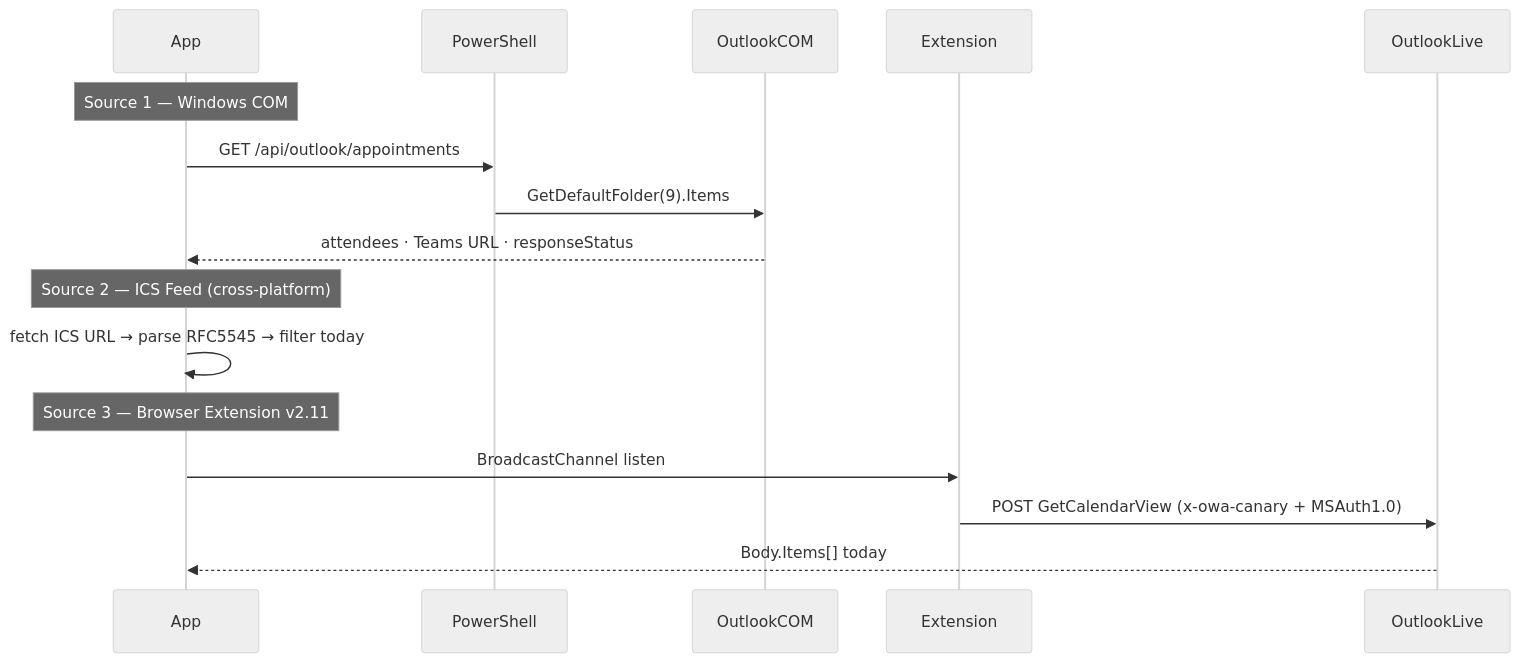
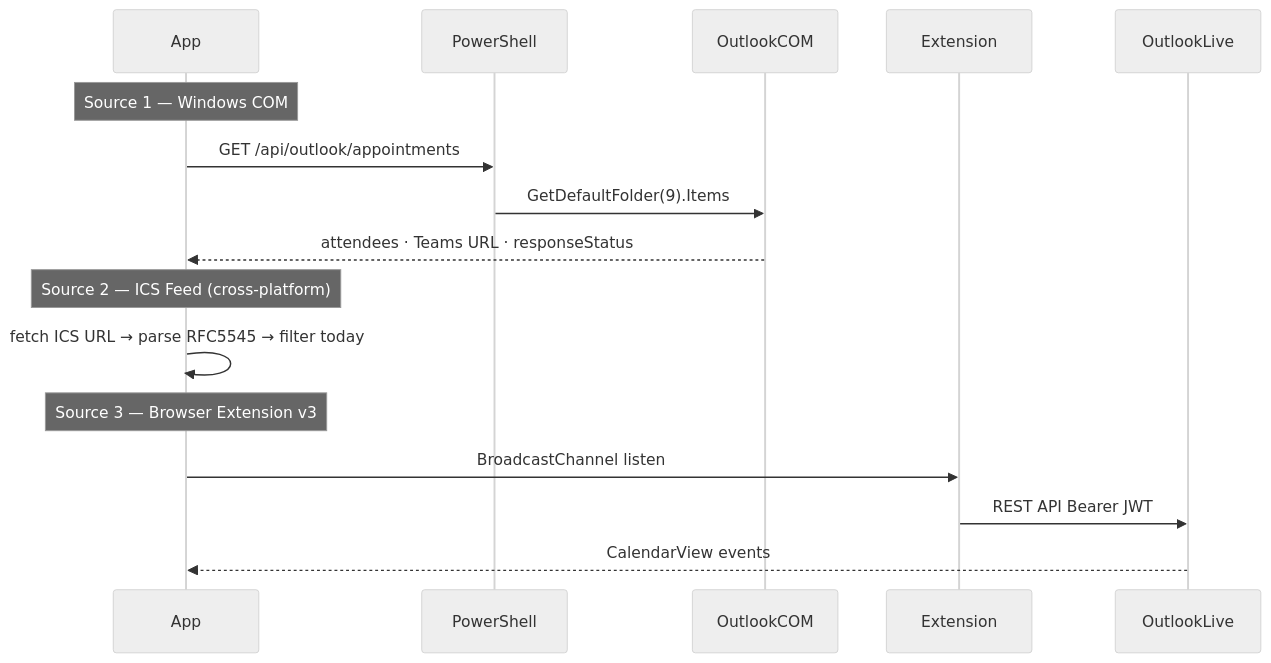
The fifth of 5 diagrams in README.md (carmelobattiato/audio-ai-assistant), drawn with Mermaid (neutral theme) before and after one commit. The commit also changed other lines of this file and 3 other files, not shown here.

````diff
--- a/README.md
+++ b/README.md
@@ -366,17 +366,17 @@
 ```mermaid
 sequenceDiagram
     participant App
 
     Note over App: Source 1 — Windows COM
     App->>PowerShell: GET /api/outlook/appointments
     PowerShell->>OutlookCOM: GetDefaultFolder(9).Items
     OutlookCOM-->>App: attendees · Teams URL · responseStatus
 
     Note over App: Source 2 — ICS Feed (cross-platform)
     App->>App: fetch ICS URL → parse RFC5545 → filter today
 
-    Note over App: Source 3 — Browser Extension v2.11
+    Note over App: Source 3 — Browser Extension v3
     App->>Extension: BroadcastChannel listen
-    Extension->>OutlookLive: POST GetCalendarView (x-owa-canary + MSAuth1.0)
-    OutlookLive-->>App: Body.Items[] today
+    Extension->>OutlookLive: REST API Bearer JWT
+    OutlookLive-->>App: CalendarView events
 ```
````
